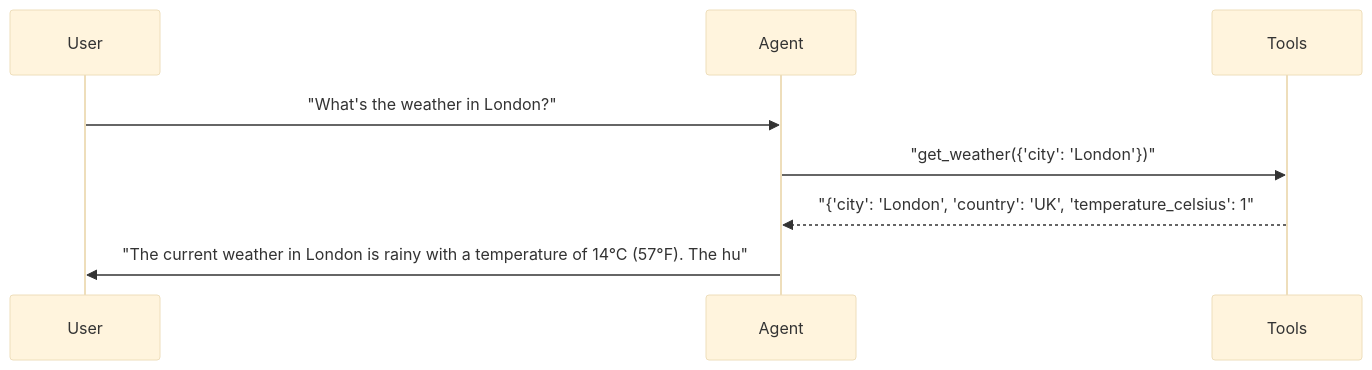
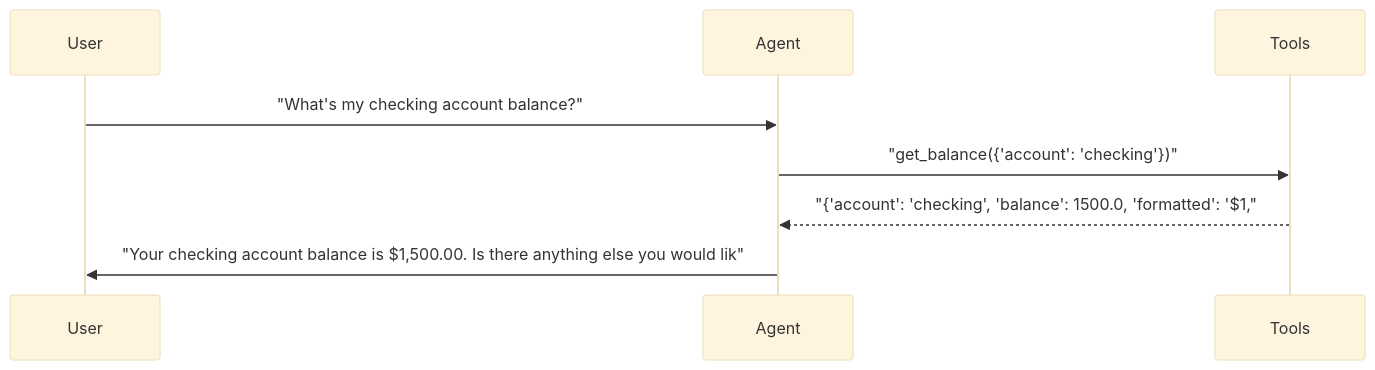
The second of 6 diagrams in docs/reports/02_multi_agent.md (sbroenne/pytest-aitest), drawn with Mermaid (base theme) before and after one commit. The commit also changed other lines of this file and 132 other files, not shown here.

````diff
--- a/docs/reports/02_multi_agent.md
+++ b/docs/reports/02_multi_agent.md
@@ -158,11 +163,11 @@
 ```mermaid
 sequenceDiagram
     participant User
     participant Agent
     participant Tools
 
-    User->>Agent: "What's the weather in London?"
-    Agent->>Tools: "get_weather({'city': 'London'})"
-    Tools-->>Agent: "{'city': 'London', 'country': 'UK', 'temperature_celsius': 1"
-    Agent->>User: "The current weather in London is rainy with a temperature of 14°C (57°F). The hu"
+    User->>Agent: "What's my checking account balance?"
+    Agent->>Tools: "get_balance({'account': 'checking'})"
+    Tools-->>Agent: "{'account': 'checking', 'balance': 1500.0, 'formatted': '$1,"
+    Agent->>User: "Your checking account balance is $1,500.00. Is there anything else you would lik"
 ```
````
